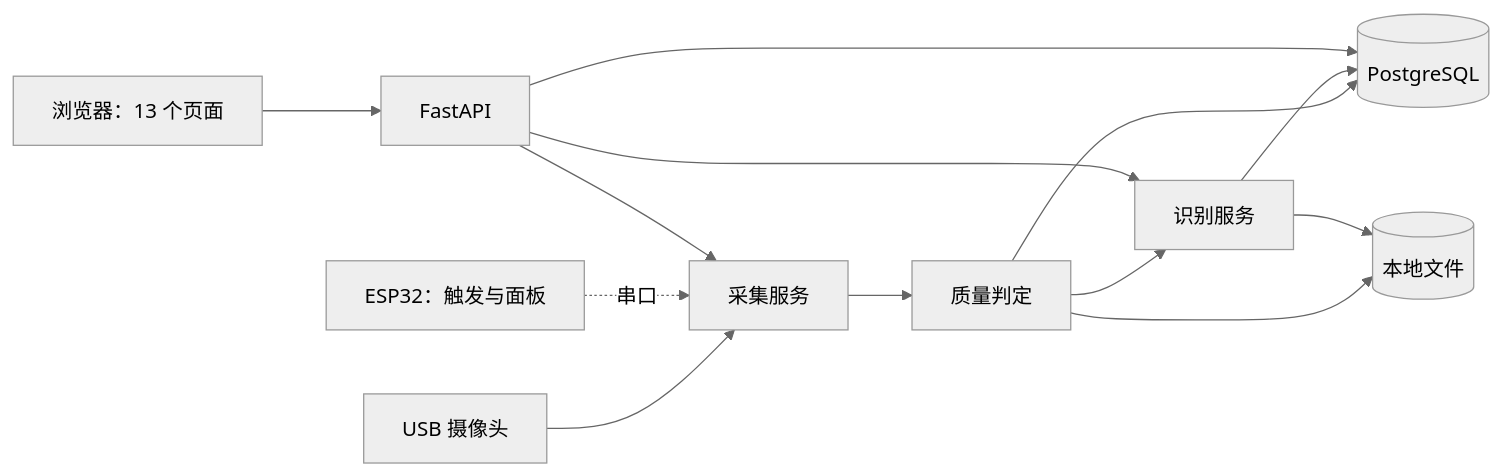
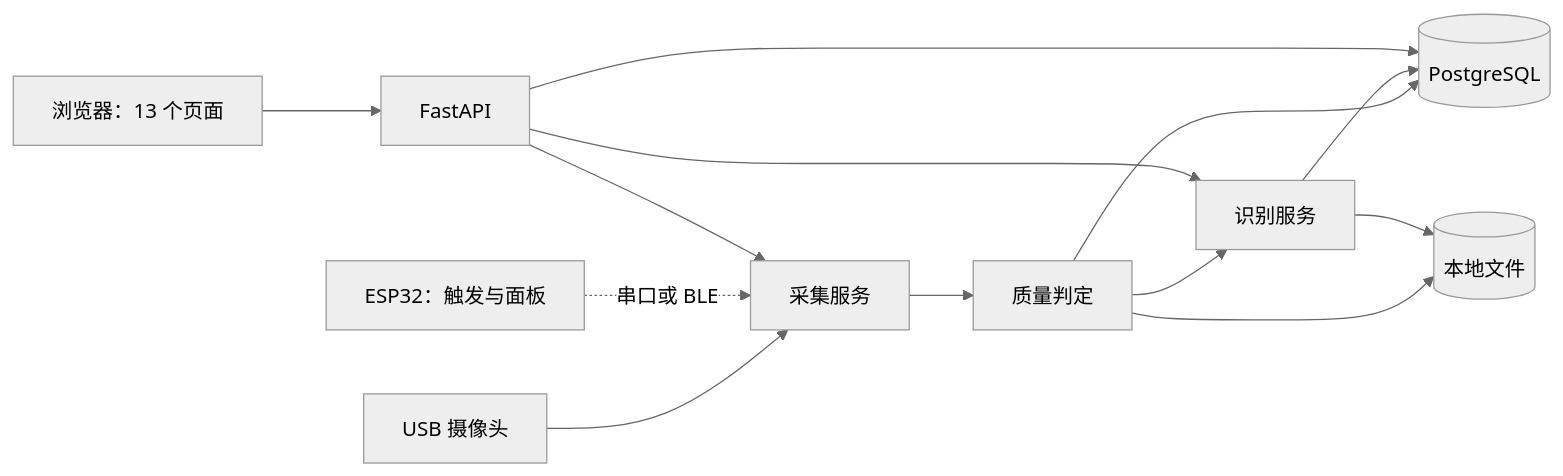
One commit to FrozenYty/aquavision changed the first of 2 diagrams in docs/architecture-zh.md. Above: the diagram before and after it, drawn with Mermaid (neutral theme). The commit also changed other lines of this file and 33 other files, not shown here.

````diff
--- a/docs/architecture-zh.md
+++ b/docs/architecture-zh.md
@@ -21,15 +21,15 @@
 ```mermaid
 flowchart LR
     CAM[USB 摄像头] --> CAP[采集服务]
-    MCU[ESP32：触发与面板] -. 串口 .-> CAP
+    MCU[ESP32：触发与面板] -. 串口或 BLE .-> CAP
     CAP --> Q[质量判定]
     Q --> DB[(PostgreSQL)]
     Q --> FS[(本地文件)]
     Q --> DET[识别服务]
     DET --> DB
     DET --> FS
     WEB[浏览器：13 个页面] --> API[FastAPI]
     API --> CAP
     API --> DET
     API --> DB
 ```
````
